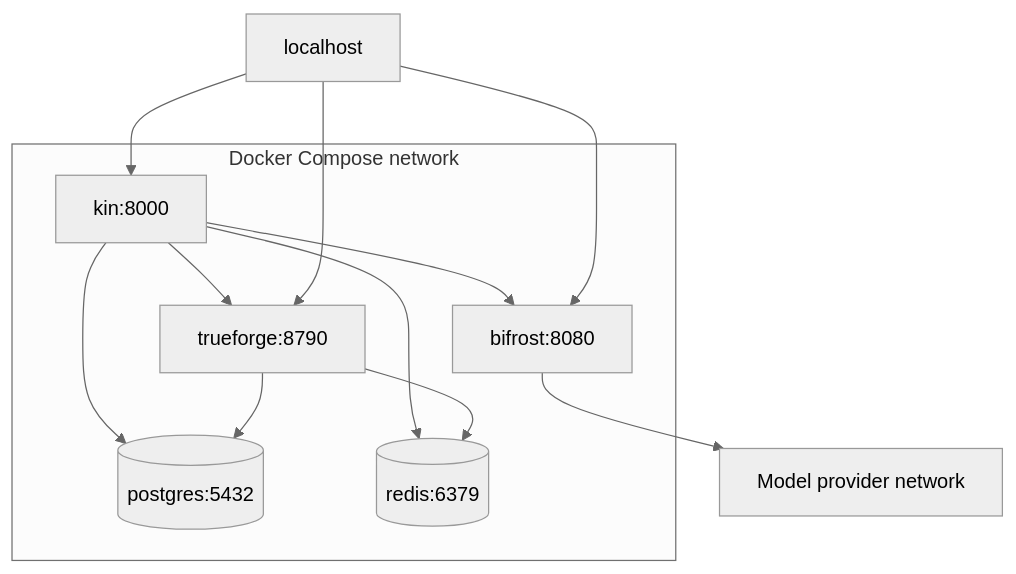
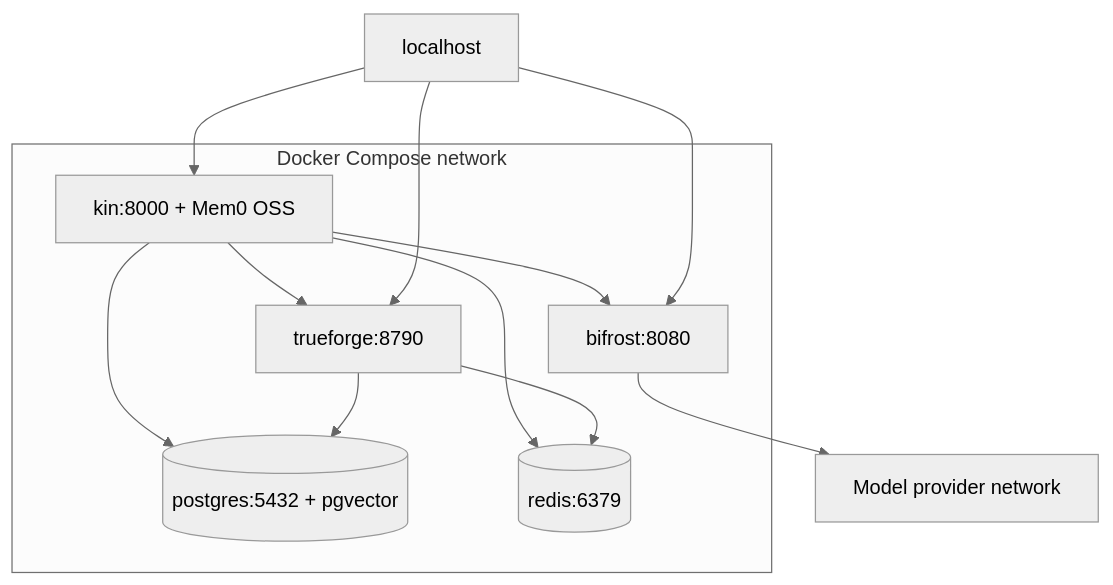
Before and after one commit to vaheed/KiN: the seventh of 8 diagrams in ARCHITECTURE.md, drawn with Mermaid (neutral theme). The commit also changed other lines of this file, not shown here.

Commit message:
docs(architecture): show Mem0 request and storage boundaries

````diff
--- a/ARCHITECTURE.md
+++ b/ARCHITECTURE.md
@@ -127,21 +131,21 @@
 ```mermaid
 graph TB
     subgraph Compose[Docker Compose network]
-        K[kin:8000]
+        K[kin:8000 + Mem0 OSS]
         T[trueforge:8790]
         B[bifrost:8080]
-        P[(postgres:5432)]
+        P[(postgres:5432 + pgvector)]
         R[(redis:6379)]
     end
 
     K --> B
     K --> T
     K --> P
     K --> R
     T --> P
     T --> R
     B --> Internet[Model provider network]
     Host[localhost] --> K
     Host --> T
     Host --> B
 ```
````
